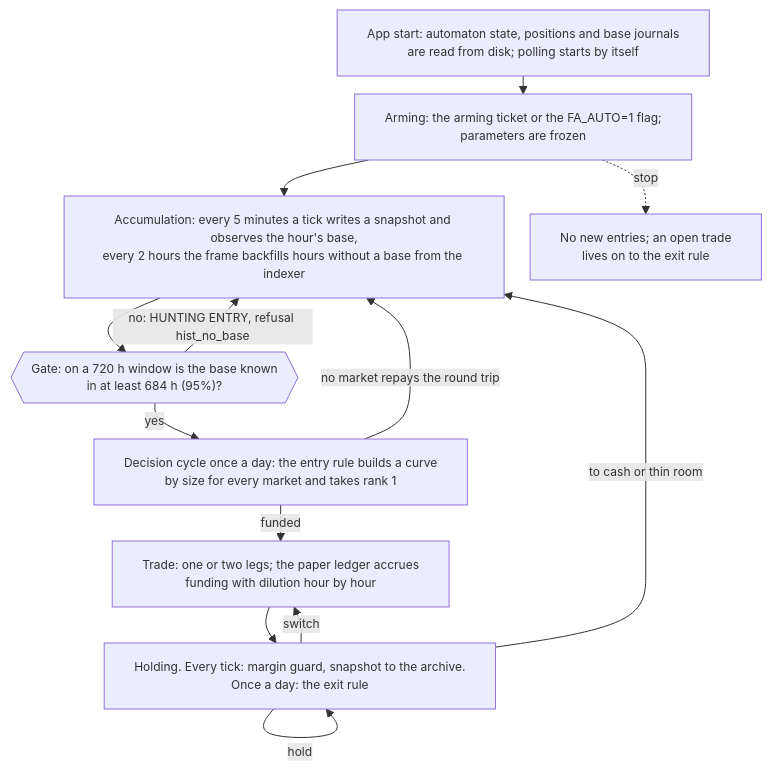
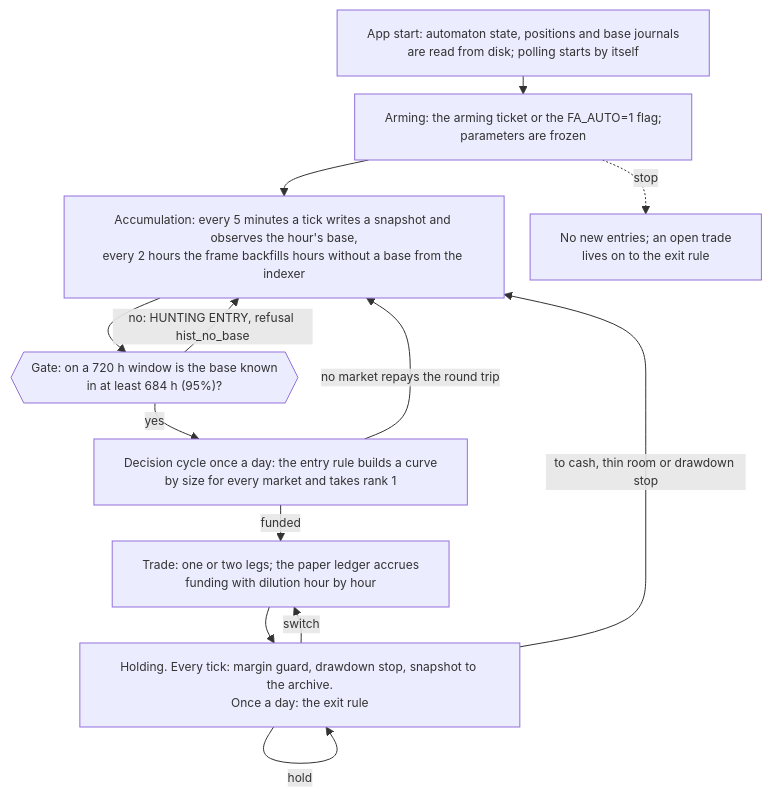
Before and after one commit to hamiltonalex/botLab: the first of 6 diagrams in botLab-desktop/docs/bot1-funding-arb-how-it-works.en.md, drawn with Mermaid. The commit also changed other lines of this file and 13 other files, not shown here.

Commit message:
feat(funding-arb): сторож просадки у автомата бота 1: закрытие при отдаче двух кругов от пика накопленного (замер З6), код drawdown_stop в реестрах, вердикт на карточке честности и в тикете, коды сторожей законны в паспорте сделки, документация ru/en

````diff
--- a/botLab-desktop/docs/bot1-funding-arb-how-it-works.en.md
+++ b/botLab-desktop/docs/bot1-funding-arb-how-it-works.en.md
@@ -52,16 +52,16 @@
 ```mermaid
 %%{init: {"themeVariables": {"fontSize": "12px"}, "flowchart": {"nodeSpacing": 26, "rankSpacing": 18, "diagramPadding": 4, "wrappingWidth": 380}}}%%
 flowchart TD
     A["App start: automaton state, positions and base journals<br/>are read from disk; polling starts by itself"] --> B["Arming: the arming ticket or the FA_AUTO=1 flag;<br/>parameters are frozen"]
     B --> C["Accumulation: every 5 minutes a tick writes a snapshot and observes the hour's base,<br/>every 2 hours the frame backfills hours without a base from the indexer"]
     C --> D{{"Gate: on a 720 h window is the base known<br/>in at least 684 h (95%)?"}}
     D -- "no: HUNTING ENTRY, refusal hist_no_base" --> C
     D -- "yes" --> E["Decision cycle once a day: the entry rule builds a curve<br/>by size for every market and takes rank 1"]
     E -- "no market repays the round trip" --> C
     E -- "funded" --> F["Trade: one or two legs; the paper ledger accrues<br/>funding with dilution hour by hour"]
-    F --> G["Holding. Every tick: margin guard, snapshot to the archive.<br/>Once a day: the exit rule"]
+    F --> G["Holding. Every tick: margin guard, drawdown stop, snapshot to the archive.<br/>Once a day: the exit rule"]
     G -- "hold" --> G
-    G -- "to cash or thin room" --> C
+    G -- "to cash, thin room or drawdown stop" --> C
     G -- "switch" --> F
     B -. "stop" .-> H["No new entries; an open trade<br/>lives on to the exit rule"]
 ```
````
